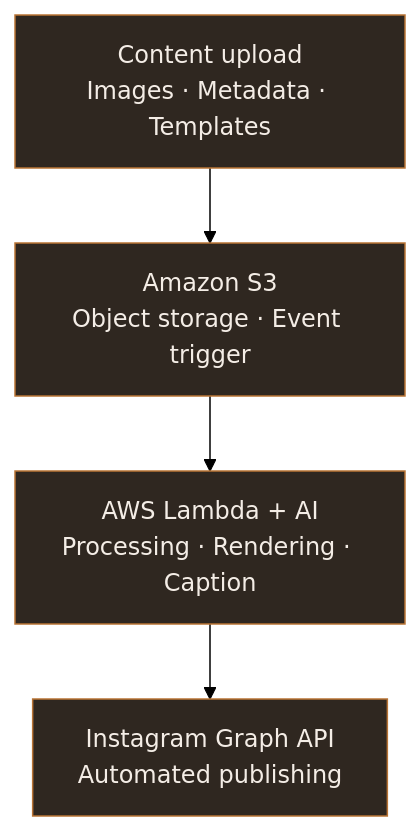
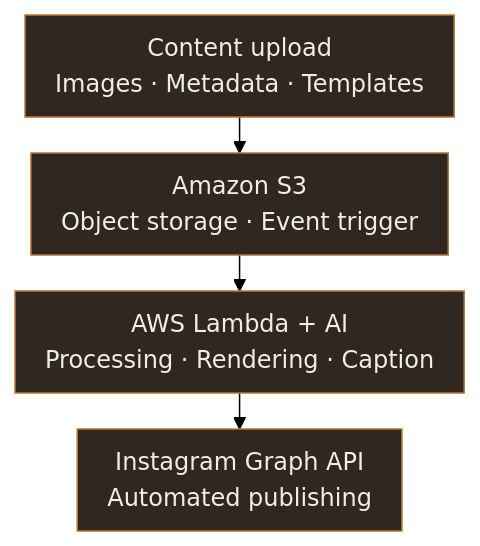
The diagram in README.md (LenaGonzalezBreton/LenaGonzalezBreton), drawn with Mermaid (forest theme) before and after one commit.

````diff
--- a/README.md
+++ b/README.md
@@ -46,14 +46,21 @@
 ```mermaid
+---
+config:
+  flowchart:
+    wrappingWidth: 320
+    rankSpacing: 24
+    padding: 10
+---
 flowchart TD
     Upload["Content upload<br/>Images · Metadata · Templates"]
     S3["Amazon S3<br/>Object storage · Event trigger"]
     Lambda["AWS Lambda + AI<br/>Processing · Rendering · Caption"]
     Instagram["Instagram Graph API<br/>Automated publishing"]
 
 
     Upload --> S3 --> Lambda --> Instagram
 
 
     classDef step fill:#2f2720,stroke:#b97435,color:#f4ede6
     class Upload,S3,Lambda,Instagram step
 ```
````
